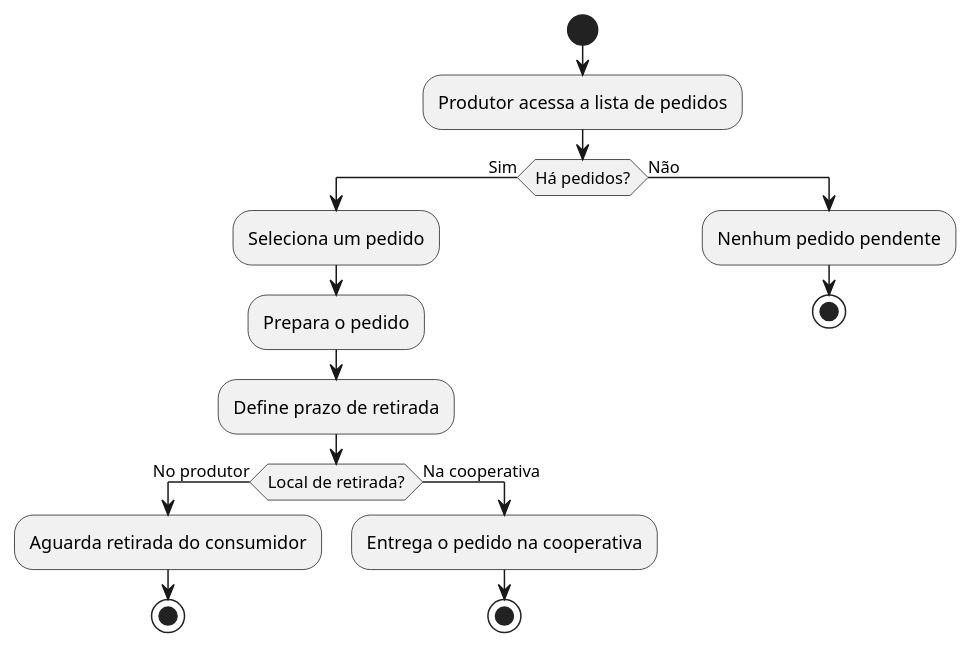
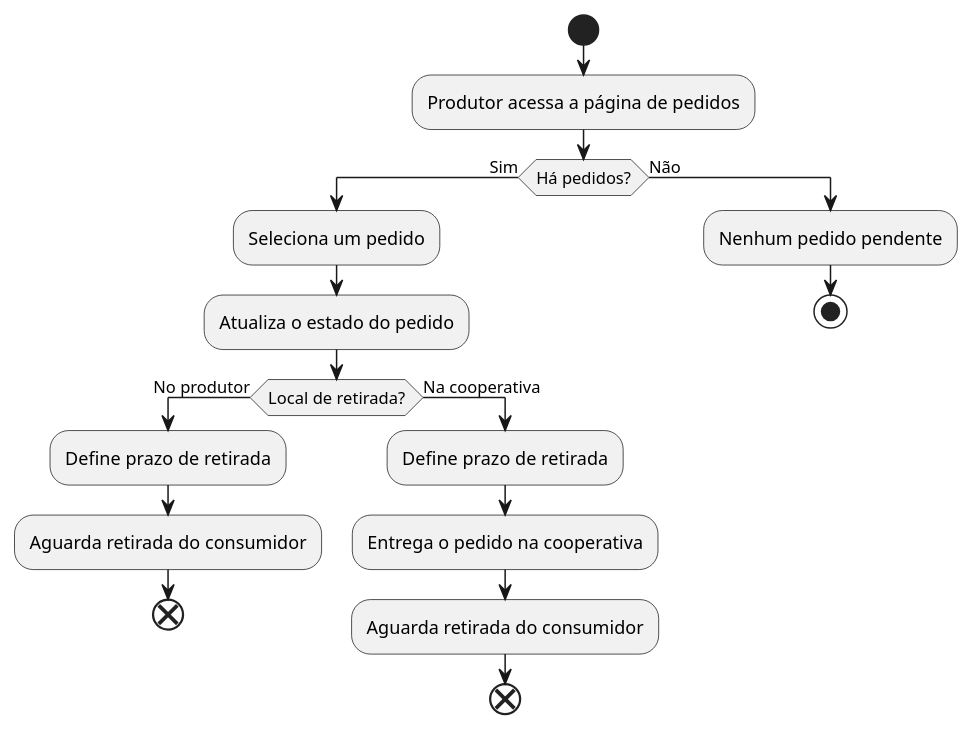
Before and after one commit to bruflor/comercio-vizinho: the diagram in docs/diagrams/activity/OrderManagement.puml, drawn with PlantUML.

Commit message:
Updating steps

```diff
--- a/docs/diagrams/activity/OrderManagement.puml
+++ b/docs/diagrams/activity/OrderManagement.puml
@@ -1,19 +1,21 @@
 @startuml
 start
-:Produtor acessa a lista de pedidos;
+:Produtor acessa a página de pedidos;
 if (Há pedidos?) then (Sim)
   :Seleciona um pedido;
-  :Prepara o pedido;
-  :Define prazo de retirada;
+  :Atualiza o estado do pedido;
   if (Local de retirada?) then (No produtor)
+    :Define prazo de retirada;
     :Aguarda retirada do consumidor;
-    stop
+    end
   else (Na cooperativa)
+    :Define prazo de retirada;
     :Entrega o pedido na cooperativa;
-    stop
+    :Aguarda retirada do consumidor;
+    end
   endif
 else (Não)
   :Nenhum pedido pendente;
   stop
 endif
 @enduml
```
